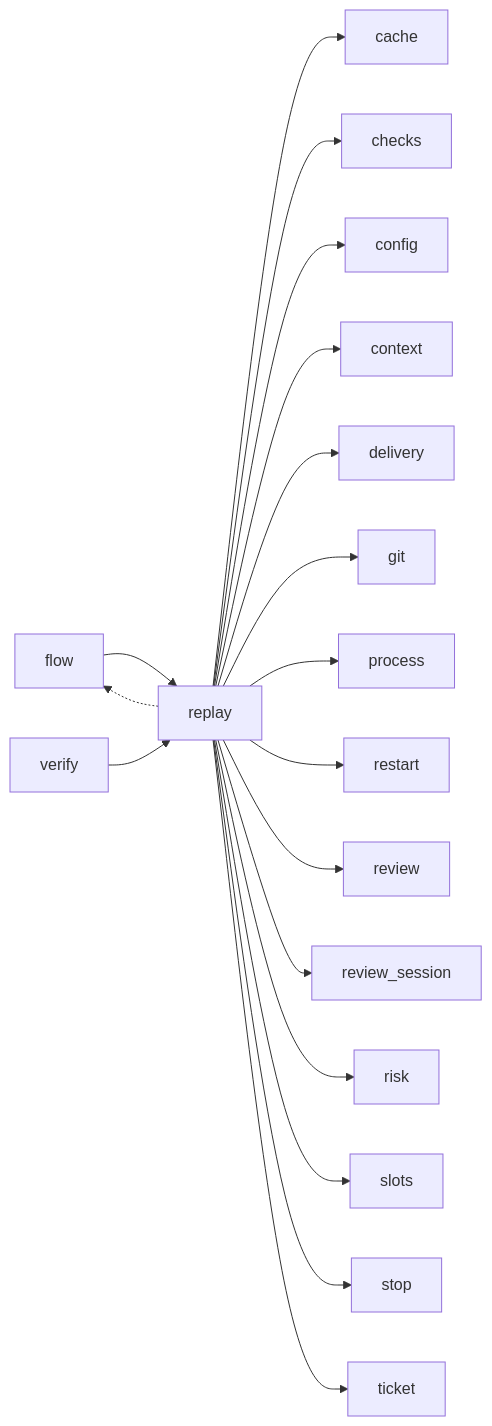
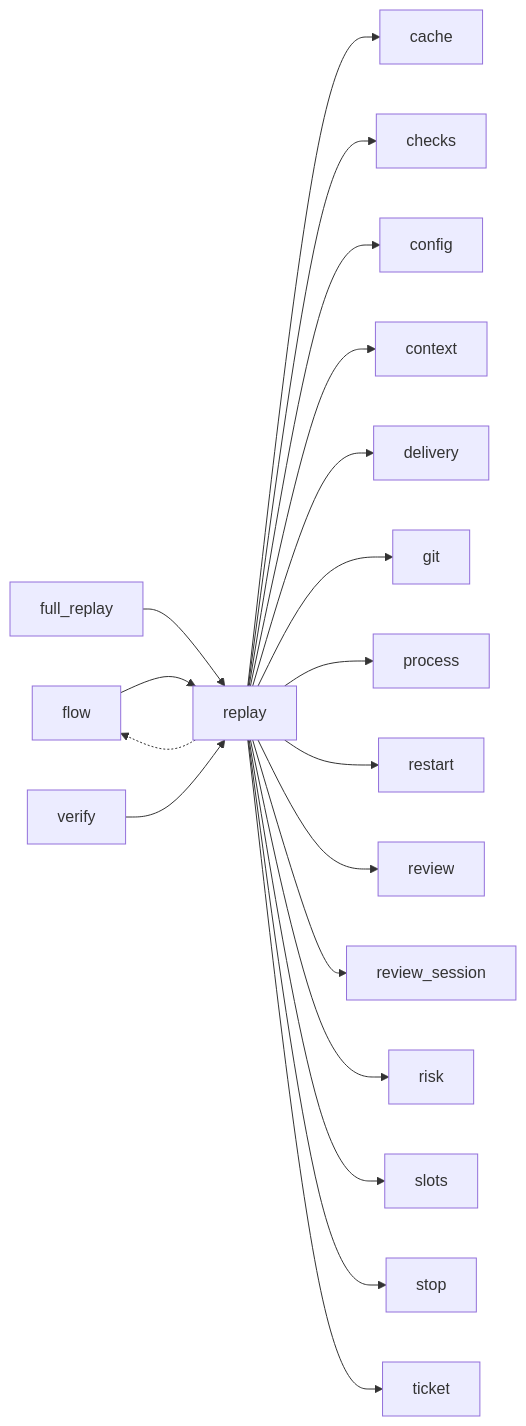
One commit to plaplanche/ariane changed the third of 3 diagrams in docs/architecture/modules/replay.md. Above: the diagram before and after it, drawn with Mermaid. The commit also changed other lines of this file and 41 other files, not shown here.

Commit message:
#186: Sampled full replay, escapes and escape rate in ariane report (C9, C19)

````diff
--- a/docs/architecture/modules/replay.md
+++ b/docs/architecture/modules/replay.md
@@ -88,20 +89,21 @@
 ```mermaid
 flowchart LR
   flow --> replay
+  full_replay --> replay
   replay --> cache
   replay --> checks
   replay --> config
   replay --> context
   replay --> delivery
   replay -.-> flow
   replay --> git
   replay --> process
   replay --> restart
   replay --> review
   replay --> review_session
   replay --> risk
   replay --> slots
   replay --> stop
   replay --> ticket
   verify --> replay
 ```
````
